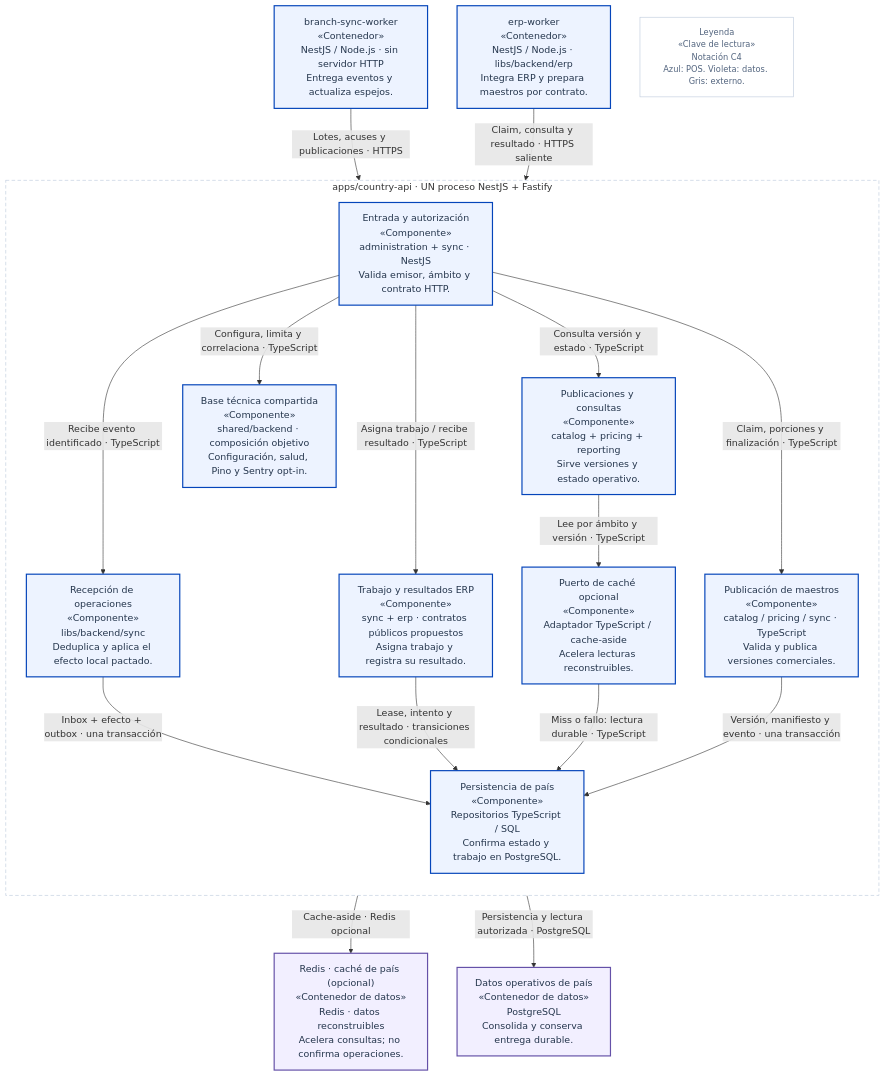
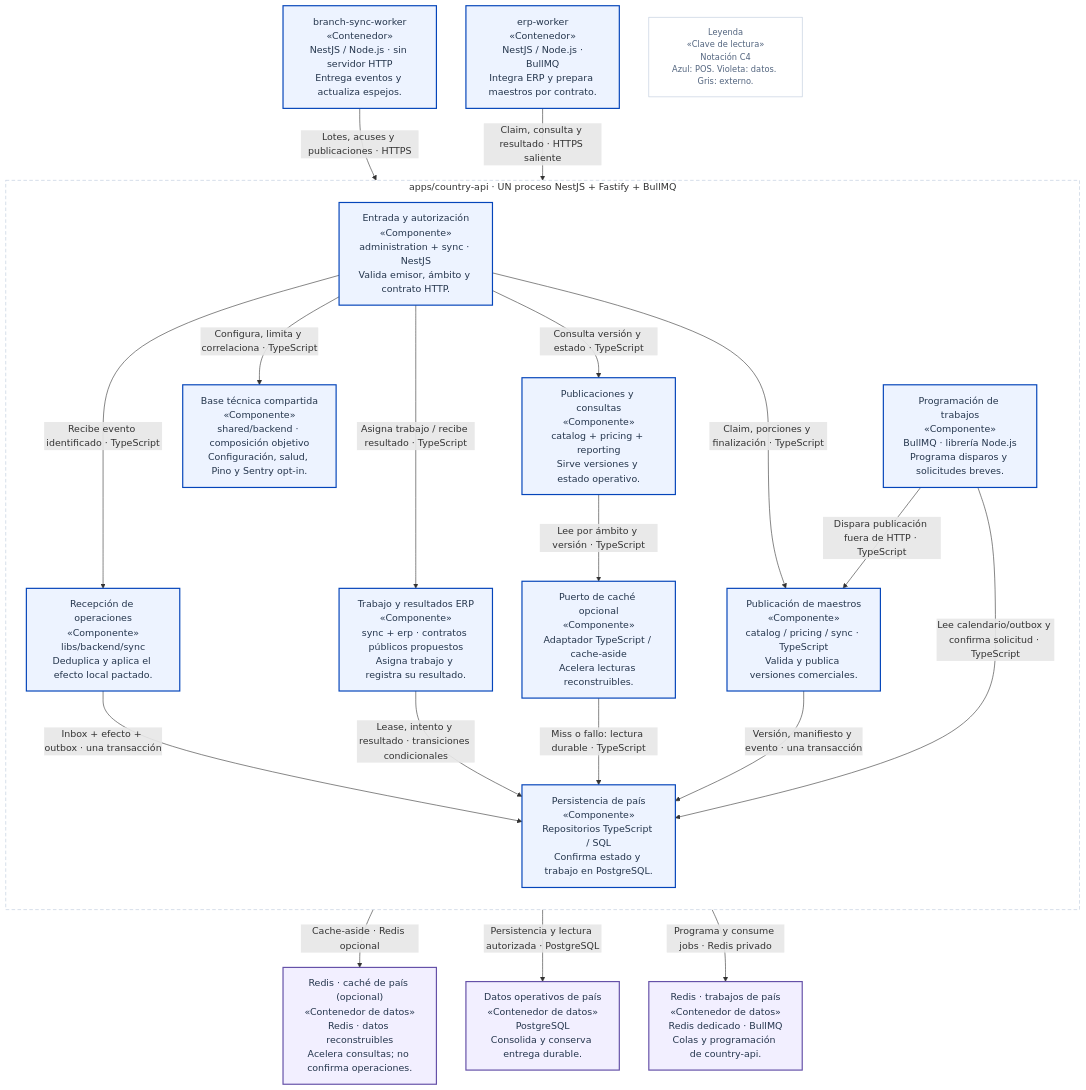
Before and after one commit to developer-implementos/pos-docs: the diagram in docs/diagramas-excalidraw/mermaid/c4-country.mmd, drawn with Mermaid. The commit also changed 94 other files, not shown here.

Commit message:
docs: select BullMQ and dedicated Redis for job processing

```diff
--- a/docs/diagramas-excalidraw/mermaid/c4-country.mmd
+++ b/docs/diagramas-excalidraw/mermaid/c4-country.mmd
@@ -1,39 +1,44 @@
 flowchart TB
     accTitle: C3 · country-api — Recepción, trabajo y consultas de país
-    accDescr: Un proceso HTTP apps/country-api. Recibe operaciones, ofrece trabajo al ERP y sirve publicaciones; no ejecuta la ACL ni construye cargas masivas dentro de una petición. ACK sólo después del commit de inbox + efecto + outbox. Redis acelera lecturas opcionales con fallback SQL; no contiene el único estado de recepción, trabajo o resultados.
-    subgraph countryScope["apps/country-api · UN proceso NestJS + Fastify"]
+    accDescr: Un proceso apps/country-api: HTTP y consumidores BullMQ internos para disparos y solicitudes breves. PostgreSQL conserva trabajo y publicaciones; la ACL y preparación pesada se ejecutan en erp-worker. ACK tras commit de inbox + efecto + outbox. Relay y reconciliación encolan o reconstruyen jobs BullMQ. Redis de trabajos es obligatorio; Redis caché es opcional y separado. Implementación pendiente.
+    subgraph countryScope["apps/country-api · UN proceso NestJS + Fastify + BullMQ"]
         direction TB
         countryEntry["Entrada y autorización<br/>«Componente»<br/>administration + sync · NestJS<br/>Valida emisor, ámbito y contrato HTTP."]:::pos
         countryInbox["Recepción de operaciones<br/>«Componente»<br/>libs/backend/sync<br/>Deduplica y aplica el efecto local pactado."]:::pos
         countryJobs["Trabajo y resultados ERP<br/>«Componente»<br/>sync + erp · contratos públicos propuestos<br/>Asigna trabajo y registra su resultado."]:::pos
         countryPublications["Publicaciones y consultas<br/>«Componente»<br/>catalog + pricing + reporting<br/>Sirve versiones y estado operativo."]:::pos
         countryWorker["Publicación de maestros<br/>«Componente»<br/>catalog / pricing / sync · TypeScript<br/>Valida y publica versiones comerciales."]:::pos
         countryCachePort["Puerto de caché opcional<br/>«Componente»<br/>Adaptador TypeScript / cache-aside<br/>Acelera lecturas reconstruibles."]:::pos
         countryUow["Persistencia de país<br/>«Componente»<br/>Repositorios TypeScript / SQL<br/>Confirma estado y trabajo en PostgreSQL."]:::pos
         technicalBase["Base técnica compartida<br/>«Componente»<br/>shared/backend · composición objetivo<br/>Configuración, salud, Pino y Sentry opt-in."]:::pos
+        countryQueue["Programación de trabajos<br/>«Componente»<br/>BullMQ · librería Node.js<br/>Programa disparos y solicitudes breves."]:::pos
     end
         syncWorker["branch-sync-worker<br/>«Contenedor»<br/>NestJS / Node.js · sin servidor HTTP<br/>Entrega eventos y actualiza espejos."]:::pos
-        erpAdapter["erp-worker<br/>«Contenedor»<br/>NestJS / Node.js · libs/backend/erp<br/>Integra ERP y prepara maestros por contrato."]:::pos
+        erpAdapter["erp-worker<br/>«Contenedor»<br/>NestJS / Node.js ·<br/>BullMQ<br/>Integra ERP y prepara maestros por contrato."]:::pos
         countryDb["Datos operativos de país<br/>«Contenedor de datos»<br/>PostgreSQL<br/>Consolida y conserva entrega durable."]:::store
         countryCache["Redis · caché de país (opcional)<br/>«Contenedor de datos»<br/>Redis · datos reconstruibles<br/>Acelera consultas; no confirma operaciones."]:::store
         legend["Leyenda<br/>«Clave de lectura»<br/>Notación C4<br/>Azul: POS. Violeta: datos. Gris: externo."]:::key
+        countryJobStore["Redis · trabajos de país<br/>«Contenedor de datos»<br/>Redis dedicado · BullMQ<br/>Colas y programación de country-api."]:::store
     syncWorker -->|"Lotes, acuses y publicaciones · HTTPS"| countryEntry
     erpAdapter -->|"Claim, consulta y resultado · HTTPS saliente"| countryEntry
     countryEntry -->|"Recibe evento identificado · TypeScript"| countryInbox
     countryEntry -->|"Asigna trabajo / recibe resultado · TypeScript"| countryJobs
     countryEntry -->|"Consulta versión y estado · TypeScript"| countryPublications
     countryEntry -->|"Configura, limita y correlaciona · TypeScript"| technicalBase
     countryInbox -->|"Inbox + efecto + outbox · una transacción"| countryUow
     countryJobs -->|"Lease, intento y resultado · transiciones condicionales"| countryUow
     countryPublications -->|"Lee por ámbito y versión · TypeScript"| countryCachePort
     countryCachePort -->|"Cache-aside · Redis opcional"| countryCache
     countryCachePort -->|"Miss o fallo: lectura durable · TypeScript"| countryUow
     countryUow -->|"Persistencia y lectura autorizada · PostgreSQL"| countryDb
     countryEntry -->|"Claim, porciones y finalización · TypeScript"| countryWorker
     countryWorker -->|"Versión, manifiesto y evento · una transacción"| countryUow
+    countryQueue -->|"Programa y consume jobs · Redis privado"| countryJobStore
+    countryQueue -->|"Lee calendario/outbox y confirma solicitud · TypeScript"| countryUow
+    countryQueue -->|"Dispara publicación fuera de HTTP · TypeScript"| countryWorker
     classDef pos fill:#EDF3FF,stroke:#0545BA,color:#25364D,stroke-width:2px
     classDef store fill:#F2EFFF,stroke:#6551A8,color:#25364D,stroke-width:2px
     classDef external fill:#F4F6F8,stroke:#6B788A,color:#25364D
     classDef person fill:#18336D,stroke:#18336D,color:#FFFFFF
     classDef key fill:#FFFFFF,stroke:#BCC9DB,color:#53657F,font-size:14px
     style countryScope fill:#FFFFFF,stroke:#BCC9DB,stroke-dasharray:6 4
```
